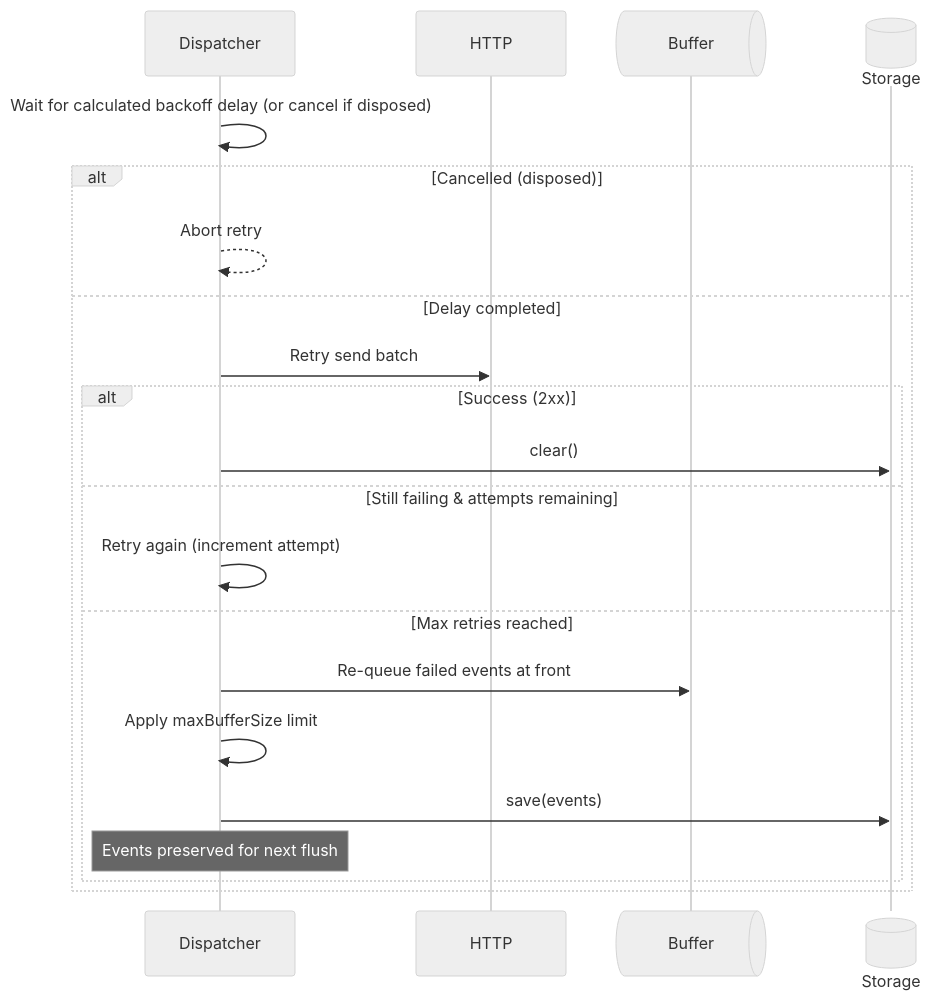
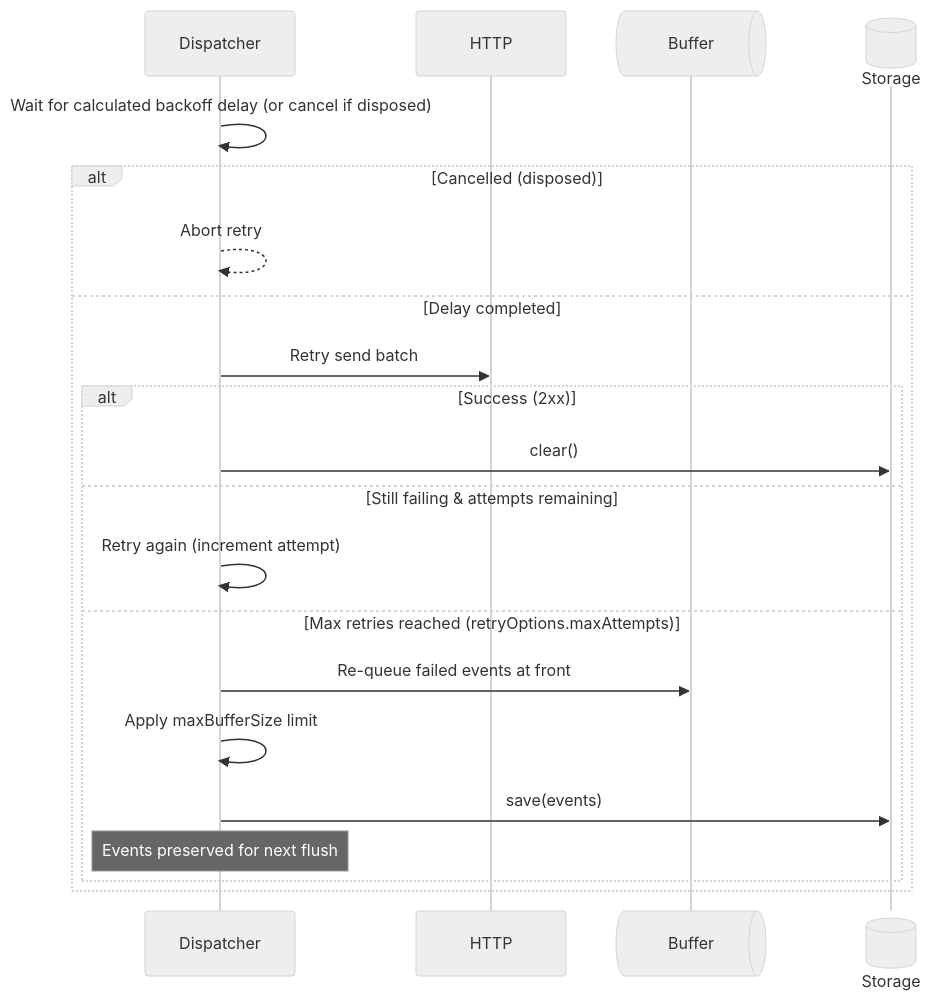
The fourth of 9 diagrams in DESIGN_AND_CONTRACTS.md (Tap30/ripple), drawn with Mermaid (neutral theme) before and after one commit. The commit also changed other lines of this file and 4 other files, not shown here.

````diff
--- a/DESIGN_AND_CONTRACTS.md
+++ b/DESIGN_AND_CONTRACTS.md
@@ -331,24 +420,24 @@
 ```mermaid
 sequenceDiagram
     participant Dispatcher
     participant HTTP
     participant Buffer@{ "type" : "queue" }
     participant Storage@{ "type" : "database" }
 
     Dispatcher->>Dispatcher: Wait for calculated backoff delay (or cancel if disposed)
     alt Cancelled (disposed)
         Dispatcher-->>Dispatcher: Abort retry
     else Delay completed
         Dispatcher->>HTTP: Retry send batch
         alt Success (2xx)
             Dispatcher->>Storage: clear()
         else Still failing & attempts remaining
             Dispatcher->>Dispatcher: Retry again (increment attempt)
-        else Max retries reached
+        else Max retries reached (retryOptions.maxAttempts)
             Dispatcher->>Buffer: Re-queue failed events at front
             Dispatcher->>Dispatcher: Apply maxBufferSize limit
             Dispatcher->>Storage: save(events)
             Note over Dispatcher: Events preserved for next flush
         end
     end
 ```
````
